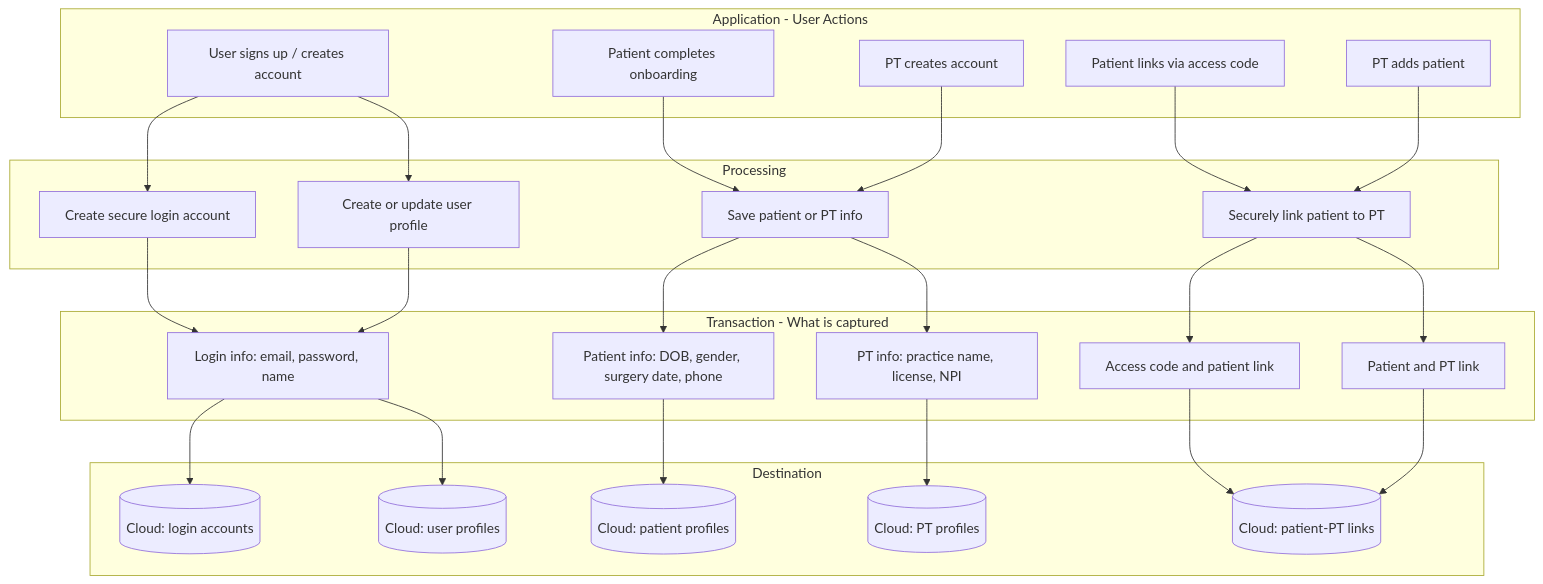
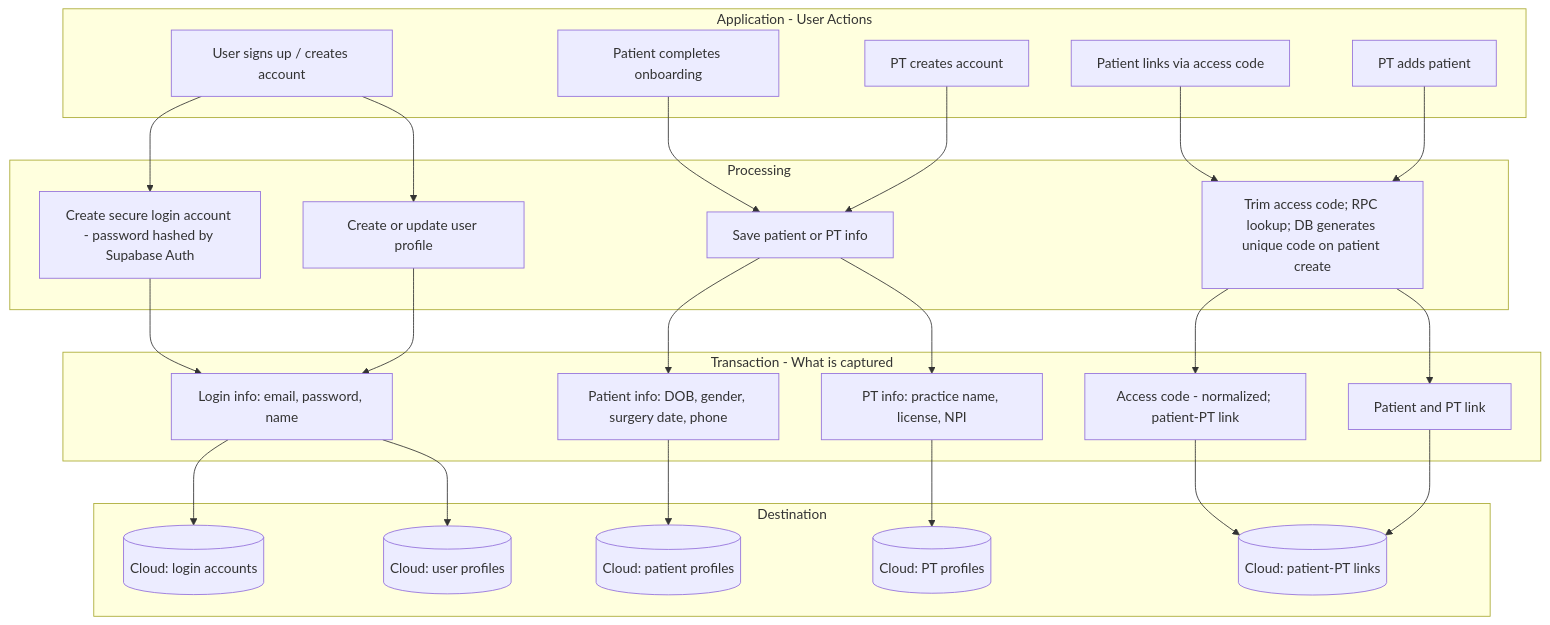
Before and after one commit to seanja5/realrehab-mvp: the fourth of 8 diagrams in docs/DATA_FLOW.md, drawn with Mermaid. The commit also changed other lines of this file, not shown here.

Commit message:
Update DATA_FLOW diagrams: add processing details, Bucket D and E diagrams

````diff
--- a/docs/DATA_FLOW.md
+++ b/docs/DATA_FLOW.md
@@ -275,40 +302,40 @@
 ```mermaid
 flowchart TB
     subgraph app3 [Application - User Actions]
         A3A[User signs up / creates account]
         A3B[Patient completes onboarding]
         A3C[PT creates account]
         A3D[Patient links via access code]
         A3E[PT adds patient]
     end
 
     subgraph proc3 [Processing]
-        P3A[Create secure login account]
+        P3A[Create secure login account - password hashed by Supabase Auth]
         P3B[Create or update user profile]
         P3C[Save patient or PT info]
-        P3D[Securely link patient to PT]
+        P3D[Trim access code; RPC lookup; DB generates unique code on patient create]
     end
 
     subgraph tx3 [Transaction - What is captured]
         T3A[Login info: email, password, name]
         T3B[Patient info: DOB, gender, surgery date, phone]
         T3C[PT info: practice name, license, NPI]
-        T3D[Access code and patient link]
+        T3D[Access code - normalized; patient-PT link]
         T3E[Patient and PT link]
     end
 
     subgraph dest3 [Destination]
         D3A[(Cloud: login accounts)]
         D3B[(Cloud: user profiles)]
         D3C[(Cloud: patient profiles)]
         D3D[(Cloud: PT profiles)]
         D3E[(Cloud: patient-PT links)]
     end
 
     A3A --> P3A --> T3A --> D3A
     A3A --> P3B --> T3A --> D3B
     A3B --> P3C --> T3B --> D3C
     A3C --> P3C --> T3C --> D3D
     A3D --> P3D --> T3D --> D3E
     A3E --> P3D --> T3E --> D3E
 ```
````
